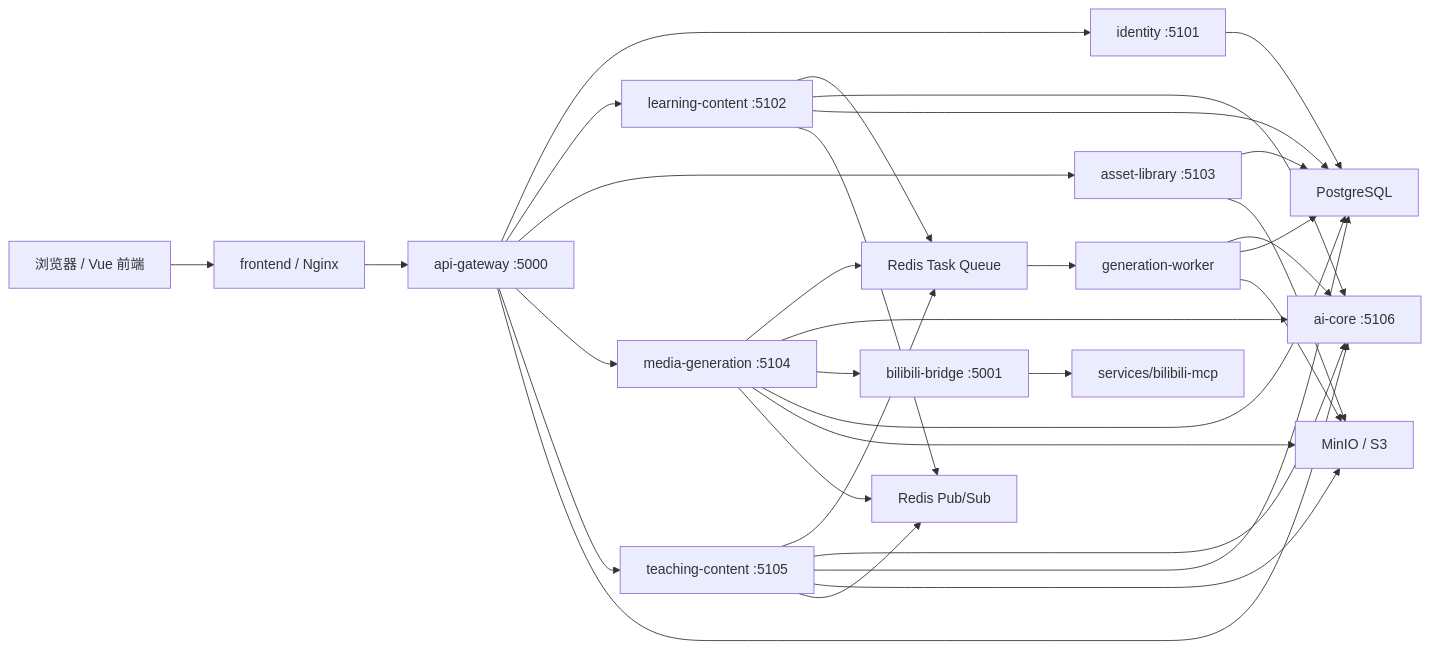
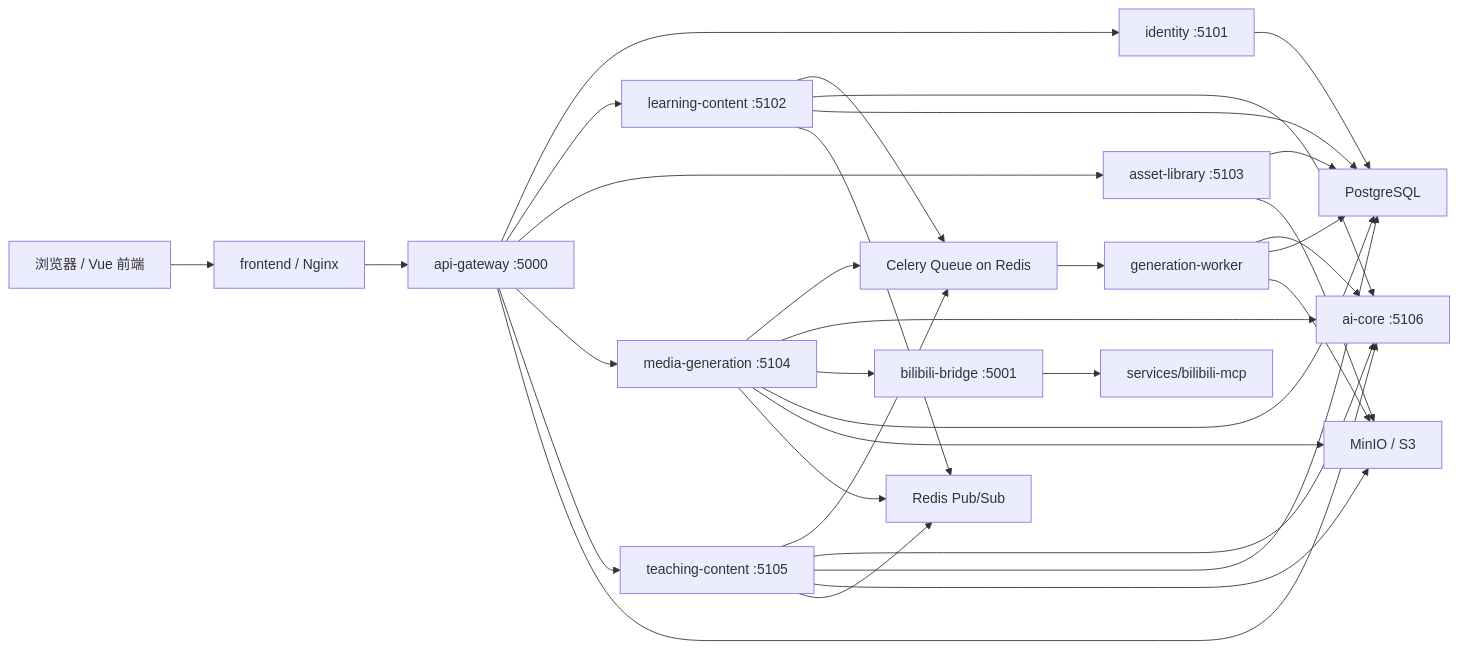
One commit to XXXXXQ-0206/EduMind changed the diagram in README.md. Above: the diagram before and after it, drawn with Mermaid. The commit also changed other lines of this file and 6 other files, not shown here.

````diff
--- a/README.md
+++ b/README.md
@@ -32,40 +32,40 @@
 ```mermaid
 flowchart LR
   Browser["浏览器 / Vue 前端"] --> Nginx["frontend / Nginx"]
   Nginx --> Gateway["api-gateway :5000"]
 
   Gateway --> Identity["identity :5101"]
   Gateway --> Learning["learning-content :5102"]
   Gateway --> Assets["asset-library :5103"]
   Gateway --> Media["media-generation :5104"]
   Gateway --> Teaching["teaching-content :5105"]
   Gateway --> AICore["ai-core :5106"]
 
-  Learning --> Queue["Redis Task Queue"]
+  Learning --> Queue["Celery Queue on Redis"]
   Media --> Queue
   Teaching --> Queue
   Queue --> Worker["generation-worker"]
 
   Learning --> AICore
   Media --> AICore
   Teaching --> AICore
   Worker --> AICore
 
   Media --> BiliBridge["bilibili-bridge :5001"]
   BiliBridge --> BiliMCP["services/bilibili-mcp"]
 
   Identity --> Postgres["PostgreSQL"]
   Learning --> Postgres
   Assets --> Postgres
   Media --> Postgres
   Teaching --> Postgres
   Worker --> Postgres
 
   Assets --> MinIO["MinIO / S3"]
   Media --> MinIO
   Teaching --> MinIO
   Worker --> MinIO
   Learning --> Redis["Redis Pub/Sub"]
   Media --> Redis
   Teaching --> Redis
 ```
````
